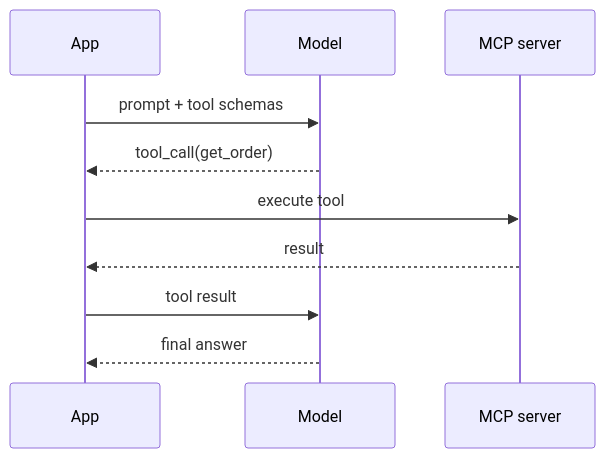
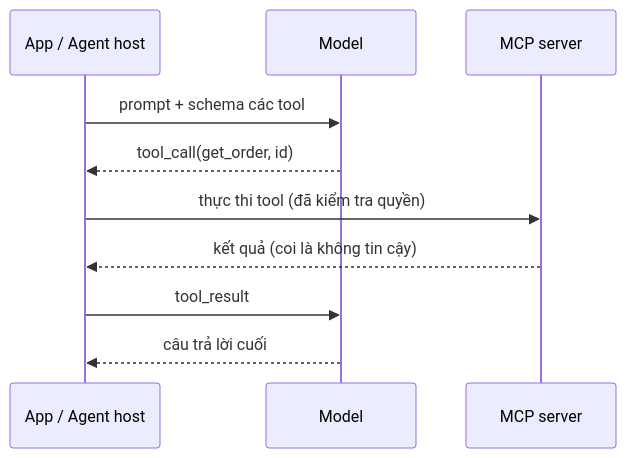
Before and after one commit to passion-Infinity/personal-tech-playbook: the diagram in src/assets/knowledge/playbooks/ai-engineering/tool-use-function-calling-mcp.md, drawn with Mermaid. The commit also changed other lines of this file and 6 other files, not shown here.

First line of the commit message:
Deep-dive rewrite: context/memory, tool use/MCP, agents, multi-agent, coding assistants, image/video generation

````diff
--- a/src/assets/knowledge/playbooks/ai-engineering/tool-use-function-calling-mcp.md
+++ b/src/assets/knowledge/playbooks/ai-engineering/tool-use-function-calling-mcp.md
@@ -22,12 +31,12 @@
 ```mermaid
 sequenceDiagram
-    participant A as App
+    participant A as App / Agent host
     participant M as Model
     participant S as MCP server
-    A->>M: prompt + tool schemas
-    M-->>A: tool_call(get_order)
-    A->>S: execute tool
-    S-->>A: result
-    A->>M: tool result
-    M-->>A: final answer
+    A->>M: prompt + schema các tool
+    M-->>A: tool_call(get_order, id)
+    A->>S: thực thi tool (đã kiểm tra quyền)
+    S-->>A: kết quả (coi là không tin cậy)
+    A->>M: tool_result
+    M-->>A: câu trả lời cuối
 ```
````
